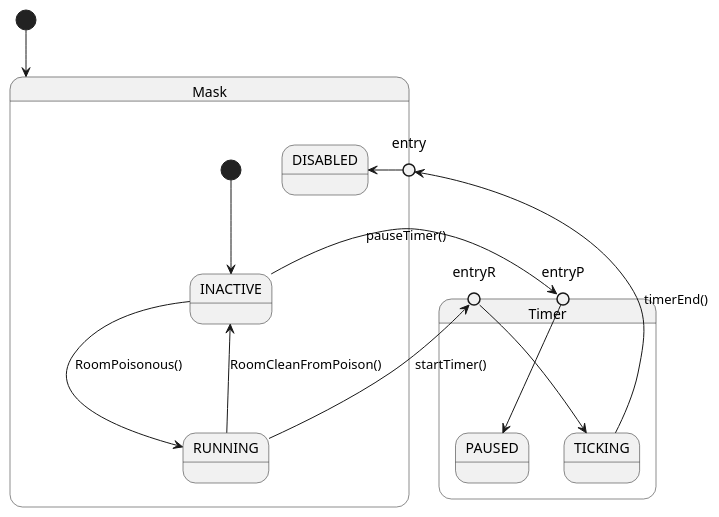
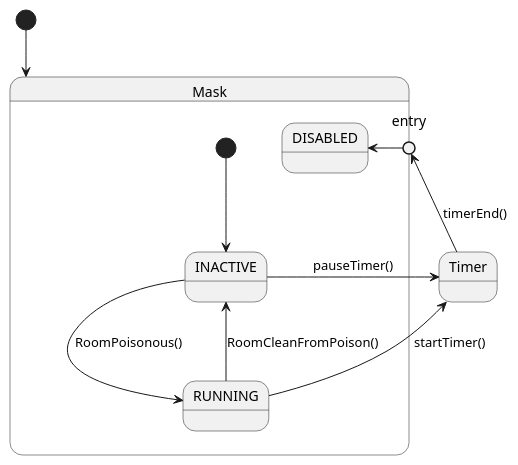
The diagram in docs/state_chart_diagrams/mask_states.plantuml (MBakter/echo), drawn with PlantUML before and after one commit. The commit also changed 4 other files, not shown here.

```diff
--- a/docs/state_chart_diagrams/mask_states.plantuml
+++ b/docs/state_chart_diagrams/mask_states.plantuml
@@ -1,27 +1,23 @@
 @startuml mask_states
 
 [*] --> Mask
-state Timer {
-    state entryR <<entryPoint>>
-    state entryP <<entryPoint>>
-    entryP --> PAUSED
-    entryR --> TICKING
-}
+state Timer
+
 state Mask {
     state entry <<entryPoint>>
     [*] --> INACTIVE
     state INACTIVE
     state RUNNING
     state DISABLED
 
     entry -> DISABLED
     INACTIVE --> RUNNING : RoomPoisonous()
     RUNNING --> INACTIVE : RoomCleanFromPoison()
-    RUNNING --> entryR : startTimer()
-    INACTIVE -> entryP : pauseTimer()
+    RUNNING --> Timer : startTimer()
+    INACTIVE -> Timer : pauseTimer()
 }
 
-TICKING --> entry : timerEnd()
+Timer --> entry : timerEnd()
 
 
 @enduml
```
